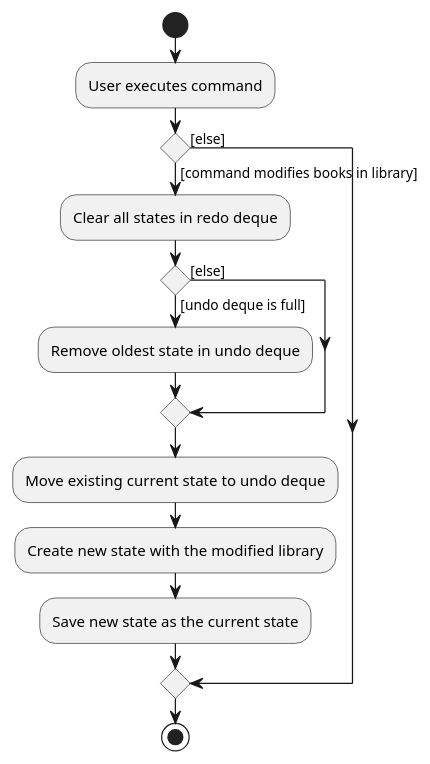
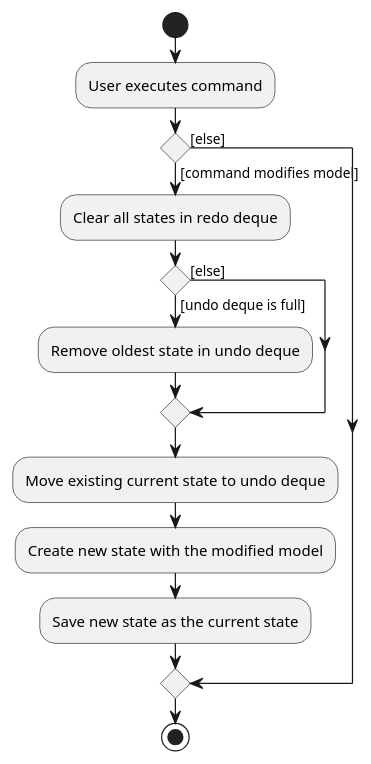
Before and after one commit to pennhanlee/tp: the diagram in docs/diagrams/NewStateActivityDiagram.puml, drawn with PlantUML. The commit also changed 6 other files, not shown here.

```diff
--- a/docs/diagrams/NewStateActivityDiagram.puml
+++ b/docs/diagrams/NewStateActivityDiagram.puml
@@ -1,20 +1,20 @@
 @startuml
 start
 :User executes command;
 
 'Since the beta syntax does not support placing the condition outside the
 'diamond we place it as the true branch instead.
 
-if () then ([command modifies books in library])
+if () then ([command modifies model])
     :Clear all states in redo deque;
     if () then ([undo deque is full])
         :Remove oldest state in undo deque;
     else ([else])
     endif
     :Move existing current state to undo deque;
-    :Create new state with the modified library;
+    :Create new state with the modified model;
     :Save new state as the current state;
 else ([else])
 endif
 stop
 @enduml
```
